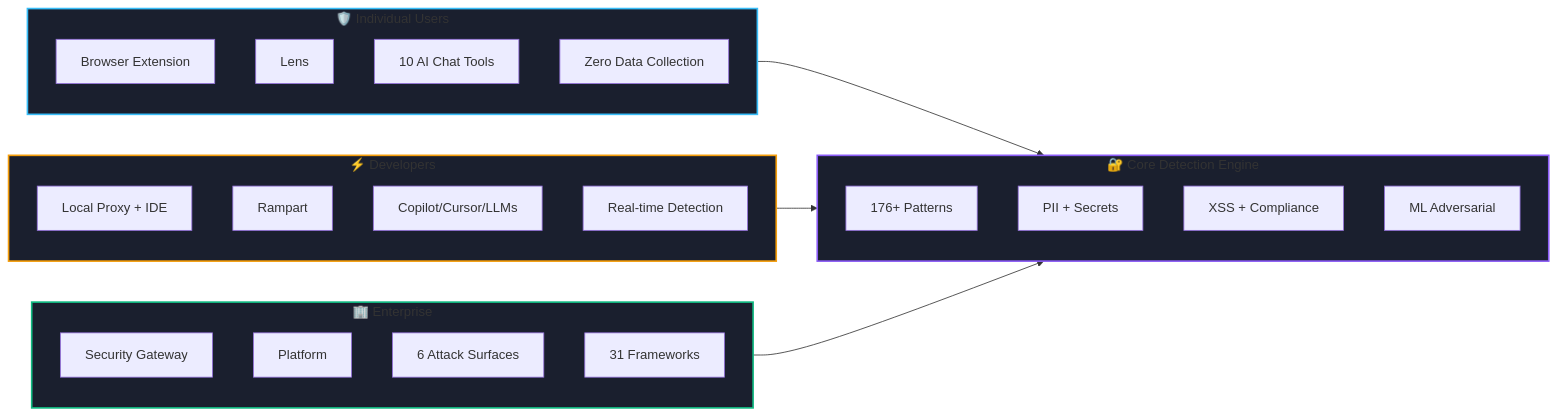
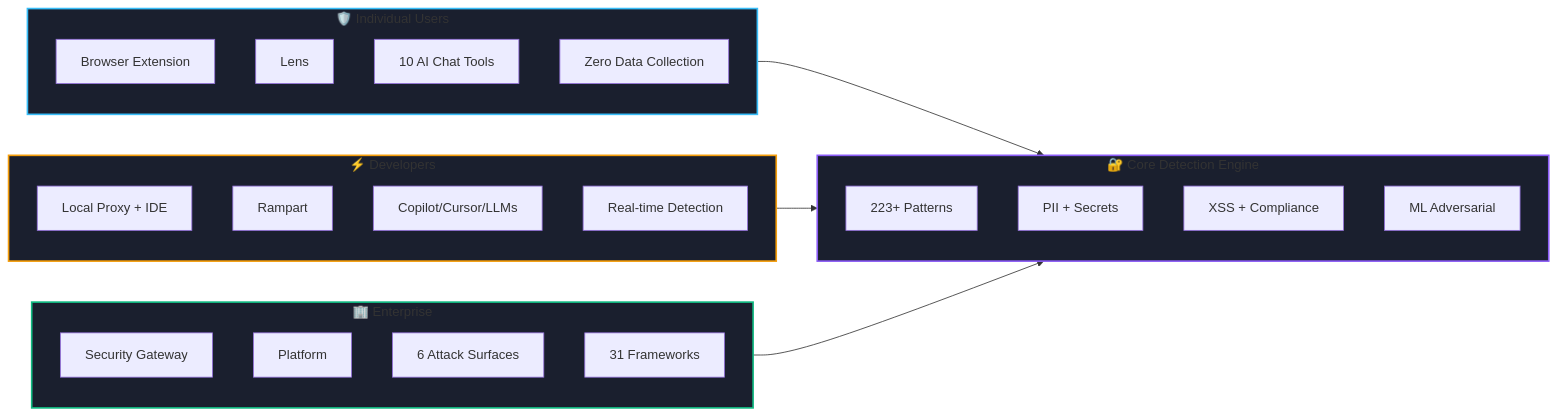
Before and after one commit to aegisgatesecurity/aegisgate-site: the diagram in content/_index.md, drawn with Mermaid. The commit also changed other lines of this file and 28 other files, not shown here.

```diff
--- a/content/_index.md
+++ b/content/_index.md
@@ -41,39 +41,39 @@
 {{< mermaid >}}
 flowchart LR
     subgraph Individual["🛡️ Individual Users"]
         A[Browser Extension]
         A1[Lens]
         A2[10 AI Chat Tools]
         A3[Zero Data Collection]
     end
 
     subgraph Developer["⚡ Developers"]
         B[Local Proxy + IDE]
         B1[Rampart]
         B2[Copilot/Cursor/LLMs]
         B3[Real-time Detection]
     end
 
     subgraph Enterprise["🏢 Enterprise"]
         C[Security Gateway]
         C1[Platform]
         C2[6 Attack Surfaces]
         C3[31 Frameworks]
     end
 
     subgraph Core["🔐 Core Detection Engine"]
-        D[176+ Patterns]
+        D[223+ Patterns]
         D1[PII + Secrets]
         D2[XSS + Compliance]
         D3[ML Adversarial]
     end
 
     Individual --> Core
     Developer --> Core
     Enterprise --> Core
 
     style Individual fill:#1a1f2e,stroke:#38bdf8,stroke-width:2px
     style Developer fill:#1a1f2e,stroke:#f59e0b,stroke-width:2px
     style Enterprise fill:#1a1f2e,stroke:#10b981,stroke-width:2px
     style Core fill:#1a1f2e,stroke:#8b5cf6,stroke-width:2px
 {{< /mermaid >}}
```
